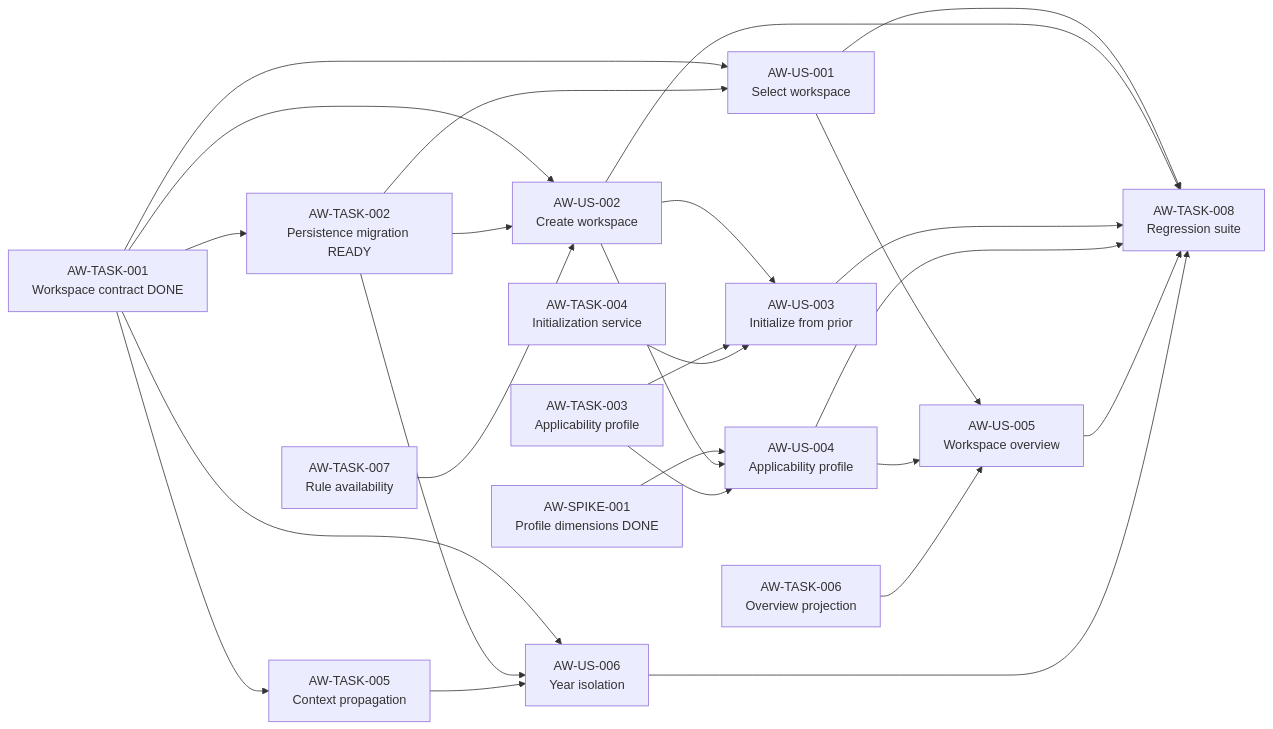
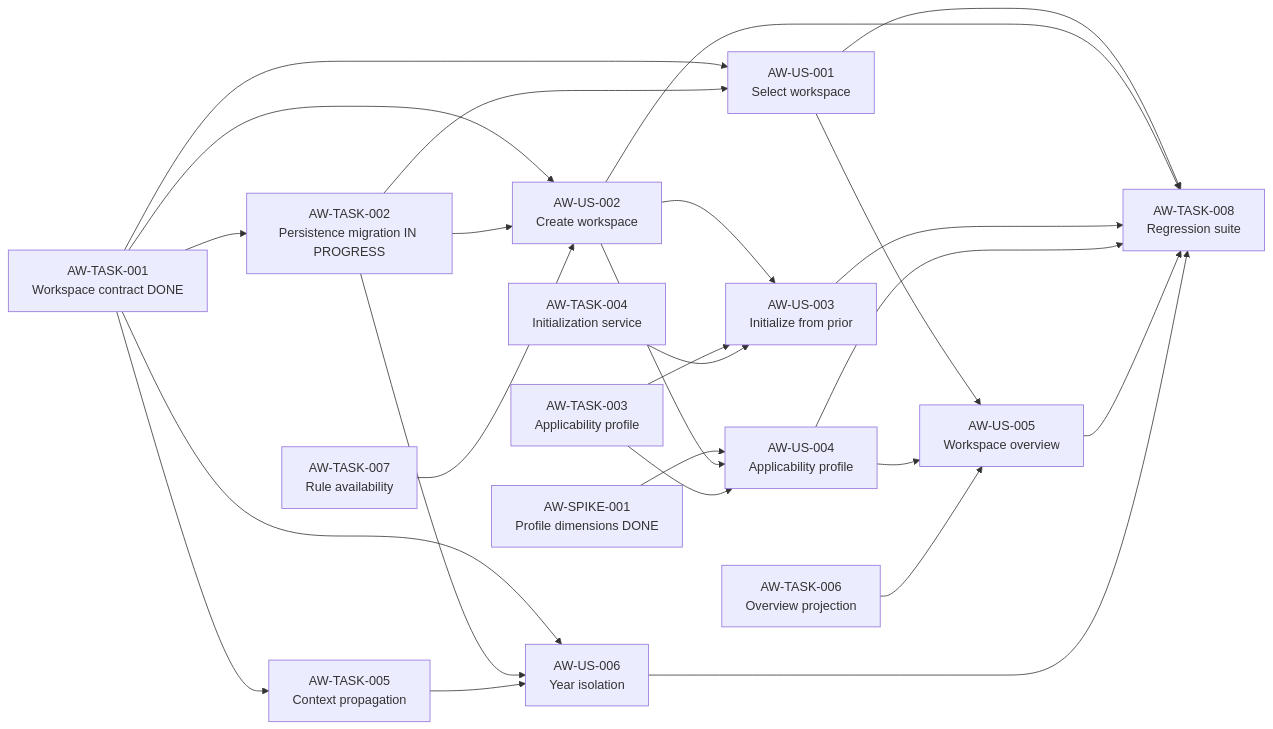
Before and after one commit to adumun/personal-tax-ledger: the diagram in docs/backlog/stories/01-annual-workspace/enablers-and-dependencies.md, drawn with Mermaid. The commit also changed other lines of this file, not shown here.

Commit message:
docs(tax): mark AW-002 in progress

````diff
--- a/docs/backlog/stories/01-annual-workspace/enablers-and-dependencies.md
+++ b/docs/backlog/stories/01-annual-workspace/enablers-and-dependencies.md
@@ -243,34 +244,34 @@
 ```mermaid
 flowchart LR
-  T1[AW-TASK-001\nWorkspace contract DONE] --> T2[AW-TASK-002\nPersistence migration READY]
+  T1[AW-TASK-001\nWorkspace contract DONE] --> T2[AW-TASK-002\nPersistence migration IN PROGRESS]
   T1 --> T5[AW-TASK-005\nContext propagation]
   T1 --> U1[AW-US-001\nSelect workspace]
   T2 --> U1
 
   T1 --> U2[AW-US-002\nCreate workspace]
   T2 --> U2
   T7[AW-TASK-007\nRule availability] --> U2
 
   U2 --> U3[AW-US-003\nInitialize from prior]
   T3[AW-TASK-003\nApplicability profile] --> U3
   T4[AW-TASK-004\nInitialization service] --> U3
 
   S1[AW-SPIKE-001\nProfile dimensions DONE] --> U4[AW-US-004\nApplicability profile]
   U2 --> U4
   T3 --> U4
 
   U1 --> U5[AW-US-005\nWorkspace overview]
   U4 --> U5
   T6[AW-TASK-006\nOverview projection] --> U5
 
   T1 --> U6[AW-US-006\nYear isolation]
   T2 --> U6
   T5 --> U6
 
   U1 --> T8[AW-TASK-008\nRegression suite]
   U2 --> T8
   U3 --> T8
   U4 --> T8
   U5 --> T8
   U6 --> T8
 ```
````
